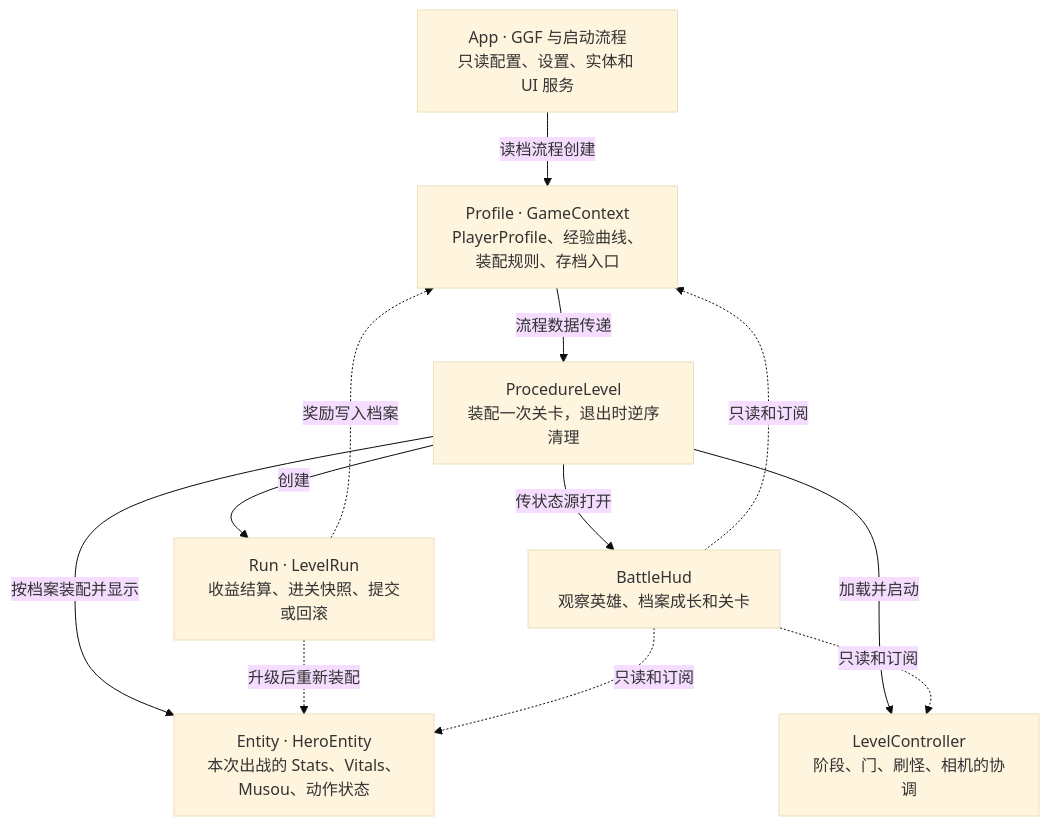
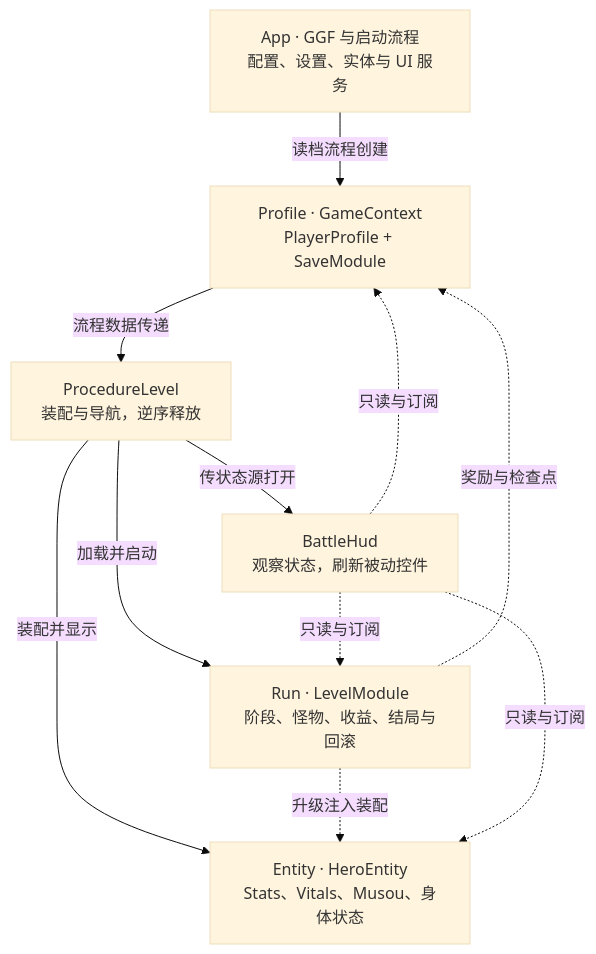
The first of 3 diagrams in Docs/ProjectTour.md (zheliku/GameZMXY), drawn with Mermaid (base theme) before and after one commit. The commit also changed other lines of this file and 248 other files, not shown here.

````diff
--- a/Docs/ProjectTour.md
+++ b/Docs/ProjectTour.md
@@ -11,21 +7,19 @@
 ```mermaid
 flowchart TB
-    App["App · GGF 与启动流程<br/>只读配置、设置、实体和 UI 服务"]
-    Context["Profile · GameContext<br/>PlayerProfile、经验曲线、装配规则、存档入口"]
-    Procedure["ProcedureLevel<br/>装配一次关卡，退出时逆序清理"]
-    Run["Run · LevelRun<br/>收益结算、进关快照、提交或回滚"]
-    Level["LevelController<br/>阶段、门、刷怪、相机的协调"]
-    Hero["Entity · HeroEntity<br/>本次出战的 Stats、Vitals、Musou、动作状态"]
-    Hud["BattleHud<br/>观察英雄、档案成长和关卡"]
+    App["App · GGF 与启动流程<br/>配置、设置、实体与 UI 服务"]
+    Context["Profile · GameContext<br/>PlayerProfile + SaveModule"]
+    Procedure["ProcedureLevel<br/>装配与导航，逆序释放"]
+    Level["Run · LevelModule<br/>阶段、怪物、收益、结局与回滚"]
+    Hero["Entity · HeroEntity<br/>Stats、Vitals、Musou、身体状态"]
+    Hud["BattleHud<br/>观察状态，刷新被动控件"]
     App -->|读档流程创建| Context
     Context -->|流程数据传递| Procedure
-    Procedure -->|创建| Run
     Procedure -->|加载并启动| Level
-    Procedure -->|按档案装配并显示| Hero
+    Procedure -->|装配并显示| Hero
     Procedure -->|传状态源打开| Hud
-    Run -.->|奖励写入档案| Context
-    Run -.->|升级后重新装配| Hero
-    Hud -.->|只读和订阅| Context
-    Hud -.->|只读和订阅| Hero
-    Hud -.->|只读和订阅| Level
+    Level -.->|奖励与检查点| Context
+    Level -.->|升级注入装配| Hero
+    Hud -.->|只读与订阅| Context
+    Hud -.->|只读与订阅| Hero
+    Hud -.->|只读与订阅| Level
 ```
````
